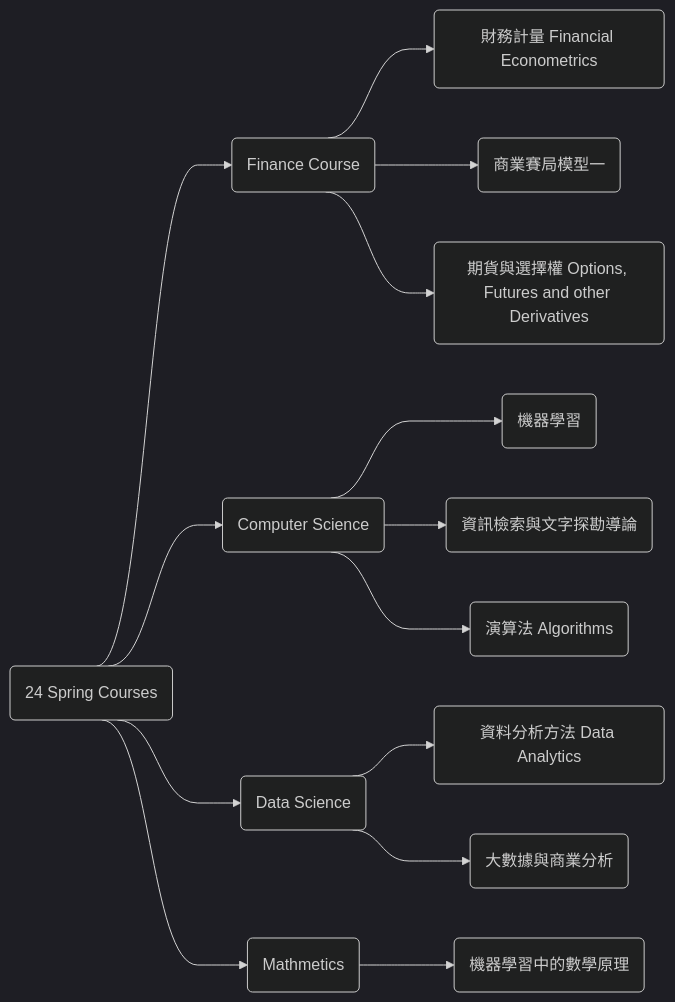
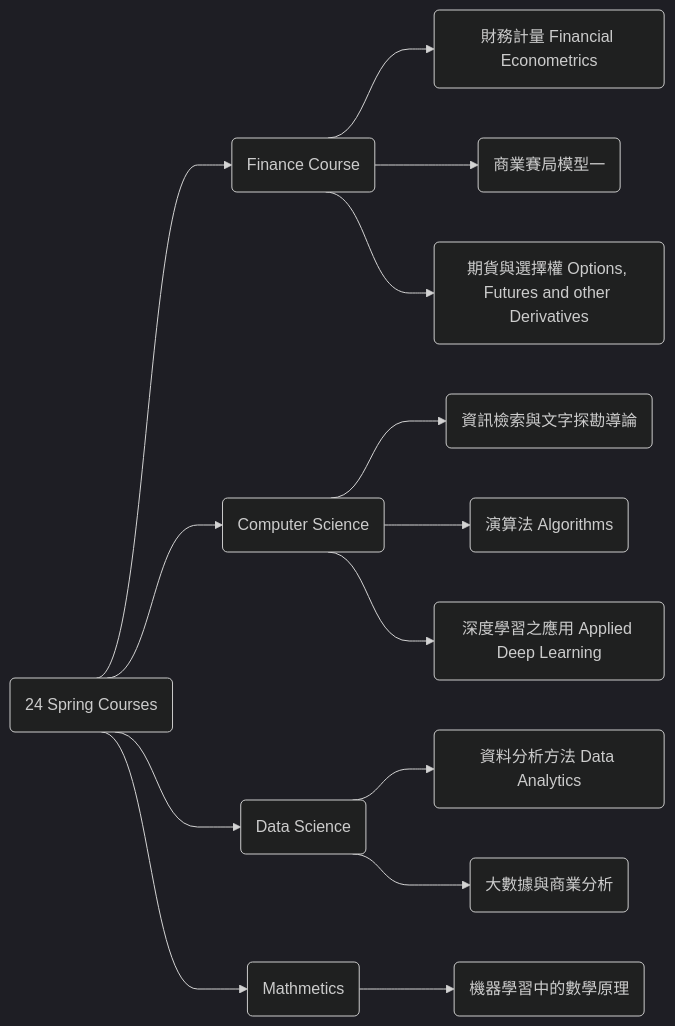
Before and after one commit to Revive-dontwanttocode/Revive-dontwanttocode.github.io: the diagram in _posts/2024-3-19-2024 Spring Planned Taking Course.md, drawn with Mermaid. The commit also changed other lines of this file, not shown here.

````diff
--- a/_posts/2024-3-19-2024 Spring Planned Taking Course.md
+++ b/_posts/2024-3-19-2024 Spring Planned Taking Course.md
@@ -24,28 +24,28 @@
 ```mermaid
 %%{init: {'theme':'dark' , 'flowchart': { 'curve': 'bumpX' }}}%%
 flowchart LR
 24sp(24 Spring Courses)
 fin(Finance Course)
 cs(Computer Science)
 ds(Data Science)
 math(Mathmetics)
 
 Fin3026(財務計量 Financial Econometrics)
 Fin7035(商業賽局模型一)
 Option(期貨與選擇權 Options, Futures and other Derivatives )
 
-EE5184(機器學習)
 IM5030(資訊檢索與文字探勘導論)
 EE4033(演算法 Algorithms)
+CSIE5431(深度學習之應用 Applied Deep Learning)
 
 IE5054(資料分析方法 Data Analytics)
 IM5047(大數據與商業分析)
 
 COMME5051(機器學習中的數學原理)
 
 24sp --> fin & cs & ds & math
 fin --> Fin3026 & Fin7035 & Option
-cs --> EE5184 & IM5030 & EE4033
+cs --> IM5030 & EE4033 & CSIE5431
 ds --> IE5054 & IM5047
 math --> COMME5051
 ```
````
